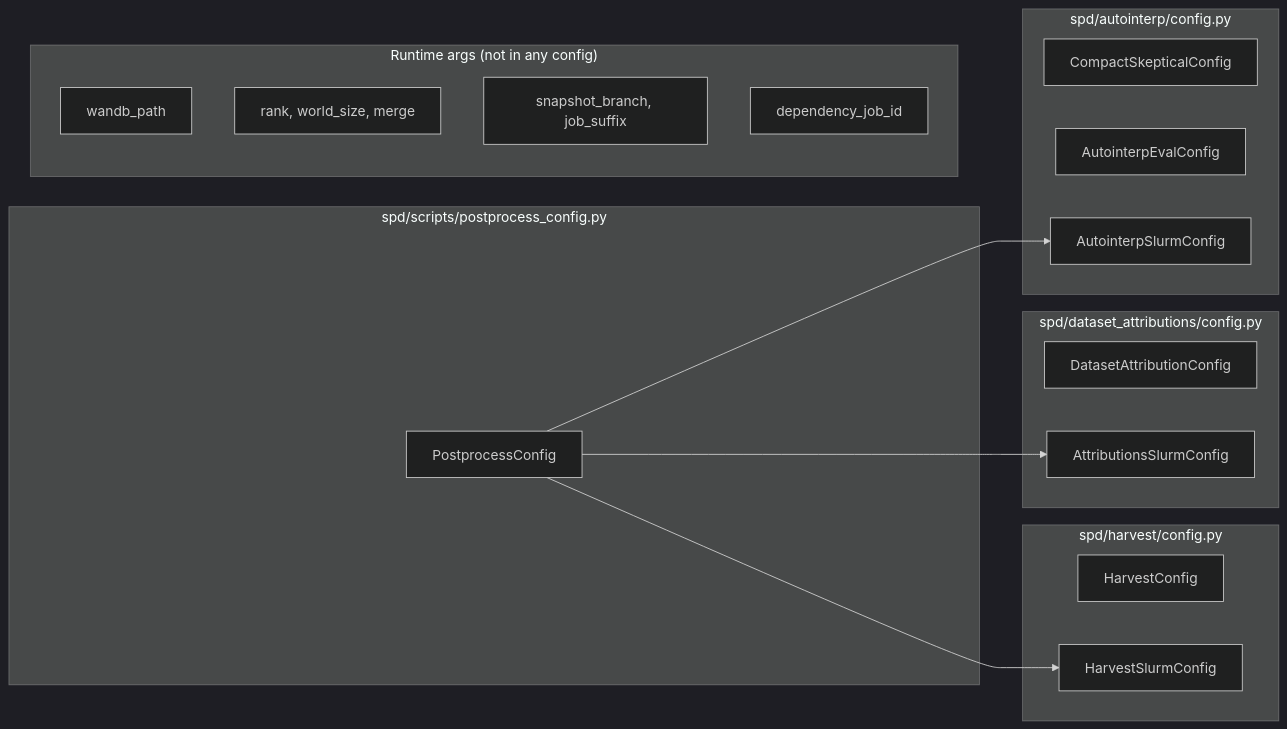
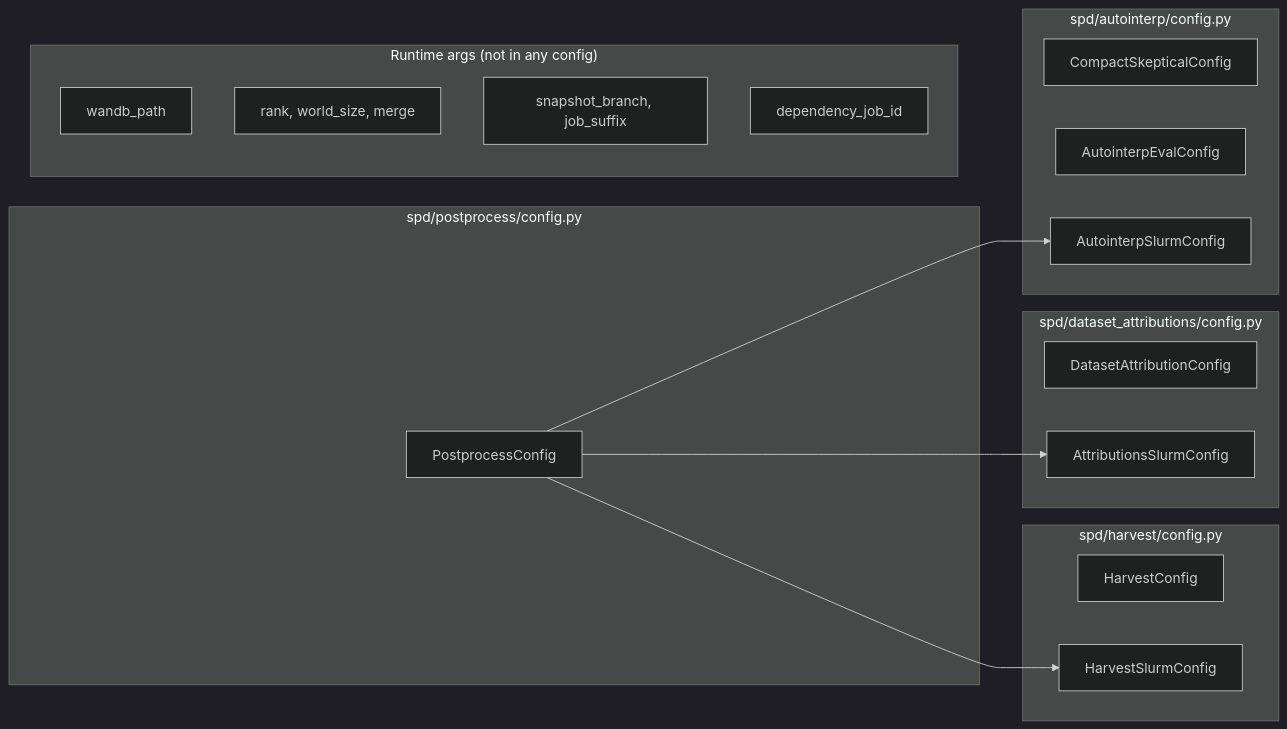
One commit to goodfire-ai/spd changed the third of 3 diagrams in spd/postprocess/architecture.md. Above: the diagram before and after it, drawn with Mermaid (dark theme). The commit also changed other lines of this file and 2 other files, not shown here.

Commit message:
Tune defaults (n_batches=1000, n_gpus=8 for attributions), fix stale diagram paths

````diff
--- a/spd/postprocess/architecture.md
+++ b/spd/postprocess/architecture.md
@@ -99,31 +99,31 @@
 ```mermaid
 graph LR
     subgraph "spd/harvest/config.py"
         HC2["HarvestConfig"]
         HSC2["HarvestSlurmConfig"]
     end
 
     subgraph "spd/dataset_attributions/config.py"
         DAC2["DatasetAttributionConfig"]
         ASC2["AttributionsSlurmConfig"]
     end
 
     subgraph "spd/autointerp/config.py"
         CSC2["CompactSkepticalConfig"]
         AEC2["AutointerpEvalConfig"]
         AISC2["AutointerpSlurmConfig"]
     end
 
-    subgraph "spd/scripts/postprocess_config.py"
+    subgraph "spd/postprocess/config.py"
         PC2["PostprocessConfig"]
     end
 
     PC2 --> HSC2 & ASC2 & AISC2
 
     subgraph "Runtime args (not in any config)"
         R1["wandb_path"]
         R2["rank, world_size, merge"]
         R3["snapshot_branch, job_suffix"]
         R4["dependency_job_id"]
     end
 ```
````
